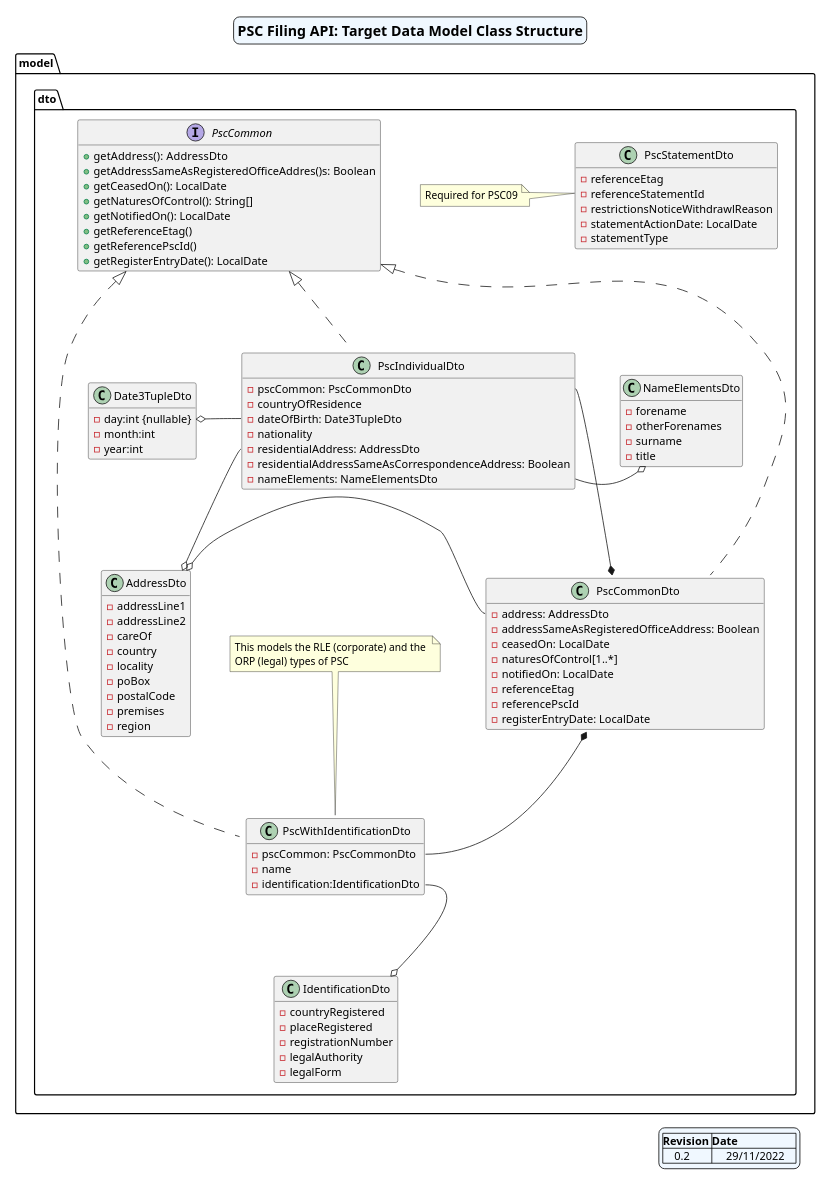
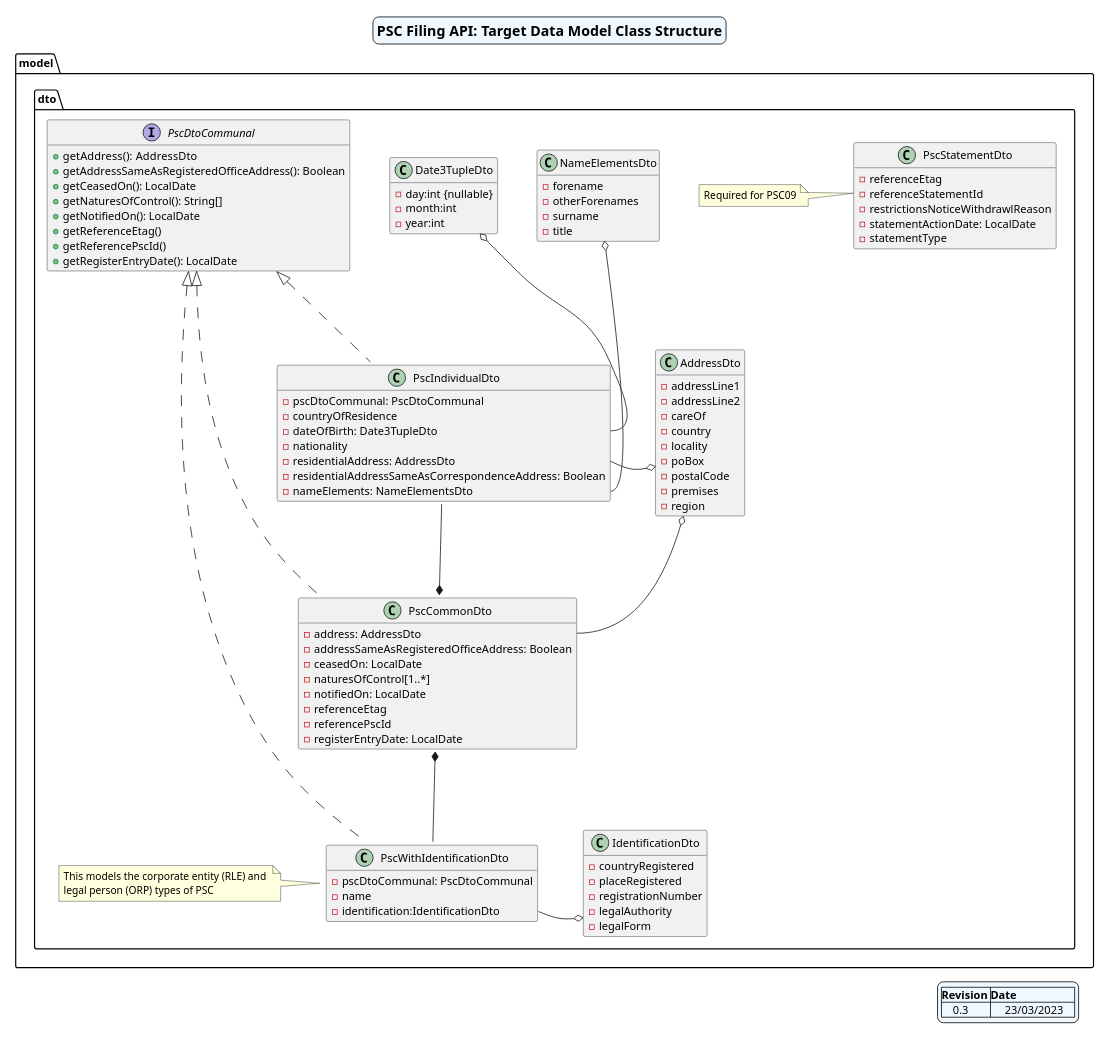
Before and after one commit to companieshouse/psc-filing-api: the diagram in docs/Target Data Model of PSC Classes.puml, drawn with PlantUML.

Commit message:
Updated target data model
Aligns with current code base

PSC-162

```diff
--- a/docs/Target Data Model of PSC Classes.puml
+++ b/docs/Target Data Model of PSC Classes.puml
@@ -1,140 +1,132 @@
 @startuml
 'https://plantuml.com/class-diagram
 'ortho/polyline
 'skinparam linetype polyline
 skinparam nodesep 50 /' horizontal separator '/
 skinparam ranksep 100 /' vertical separator '/
 skinparam titleBorderRoundCorner 15
 skinparam titleBorderThickness 1
 skinparam titleBorderColor black
 skinparam titleBackgroundColor AliceBlue
 skinparam groupInheritance 1
 skinparam legendBackgroundColor AliceBlue
 
+'skinparam style strictuml
+
 'scale 800 width
 scale 0.5
 hide empty members
 'hide circle'
 skinparam titleFontSize 18
 
+top to bottom direction
+'left to right direction
+
 title PSC Filing API: Target Data Model Class Structure
 
 legend right
 |=Revision |=Date |
-|    0.2    |     29/11/2022    |
+|    0.3    |     23/03/2023    |
 endlegend
 
     package "model" {
 
         package "dto" {
 
             class AddressDto {
                 -addressLine1
                 -addressLine2
                 -careOf
                 -country
                 -locality
                 -poBox
                 -postalCode
                 -premises
                 -region
             }
 
             class Date3TupleDto {
                 -day:int {nullable}
                 -month:int
                 -year:int
             }
 
             class IdentificationDto {
                 -countryRegistered
                 -placeRegistered
                 -registrationNumber
                 -legalAuthority
-               -legalForm
+                -legalForm
             }
 
             class NameElementsDto {
                 -forename
                 -otherForenames
                 -surname
                 -title
             }
             
             class PscStatementDto {
                 -referenceEtag
                 -referenceStatementId
                 -restrictionsNoticeWithdrawlReason
                 -statementActionDate: LocalDate
                 -statementType
             }
 
             note "Required for PSC09" as Note2
 
           Note2 - PscStatementDto::referenceStatementId
 
-/'          note left of PscStatementDto::statementType
-                See public spec for full list
-           end note'/
-
-            interface PscCommon {
+            interface PscDtoCommunal {
                 +getAddress():  AddressDto
-                +getAddressSameAsRegisteredOfficeAddres()s: Boolean
+                +getAddressSameAsRegisteredOfficeAddress(): Boolean
                 +getCeasedOn(): LocalDate
                 +getNaturesOfControl(): String[]
                 +getNotifiedOn(): LocalDate
                 +getReferenceEtag()
                 +getReferencePscId()
                 +getRegisterEntryDate(): LocalDate
             }
 
-            class PscCommonDto implements PscCommon {
+            class PscCommonDto implements PscDtoCommunal {
                 -address: AddressDto
                 -addressSameAsRegisteredOfficeAddress: Boolean
                 -ceasedOn: LocalDate
                 -naturesOfControl[1..*]
                 -notifiedOn: LocalDate
                 -referenceEtag
                 -referencePscId
                 -registerEntryDate: LocalDate
             }
 
-/'           note left of PscCommonDto::naturesOfControl
-                See public spec for full list
-            end note'/
-
-            class PscIndividualDto implements PscCommon {
-                -pscCommon: PscCommonDto
+            class PscIndividualDto implements PscDtoCommunal {
+                -pscDtoCommunal: PscDtoCommunal
                 -countryOfResidence
                 -dateOfBirth: Date3TupleDto
                 -nationality
                 -residentialAddress: AddressDto
                 -residentialAddressSameAsCorrespondenceAddress: Boolean
                 -nameElements: NameElementsDto
             }
 
-/'           note "This models an individual PSC" as Note2
-             Note2 .. PscIndividualDto'/
-
-            class PscWithIdentificationDto implements PscCommon {
-                -pscCommon: PscCommonDto
+            class PscWithIdentificationDto implements PscDtoCommunal {
+                -pscDtoCommunal: PscDtoCommunal
                 -name
                 -identification:IdentificationDto
             }
             
-            
-           note "This models the RLE (corporate) and the \nORP (legal) types of PSC" as Note1
-                Note1 -- PscWithIdentificationDto
+           note "This models the corporate entity (RLE) and \nlegal person (ORP) types of PSC" as Note1
+                Note1 -r- PscWithIdentificationDto
 
-            'PscCommonDto *-- PscIndividualDto::pscCommon
             PscCommonDto *-- PscIndividualDto::pscCommon
             PscCommonDto *-- PscWithIdentificationDto::pscCommon
-            PscIndividualDto::nameElements -o NameElementsDto
-            PscWithIdentificationDto::identification --o IdentificationDto
-            AddressDto o- PscCommonDto::address
+            Date3TupleDto o-d- PscIndividualDto::dateOfBirth
+            NameElementsDto o-- PscIndividualDto::nameElements
+            PscWithIdentificationDto::identification -o IdentificationDto
+            AddressDto o-- PscCommonDto::address
             PscIndividualDto::residentialAddress -o AddressDto
-            Date3TupleDto o- PscIndividualDto::dateOfBirth
         }
     }
 
 @enduml
```
